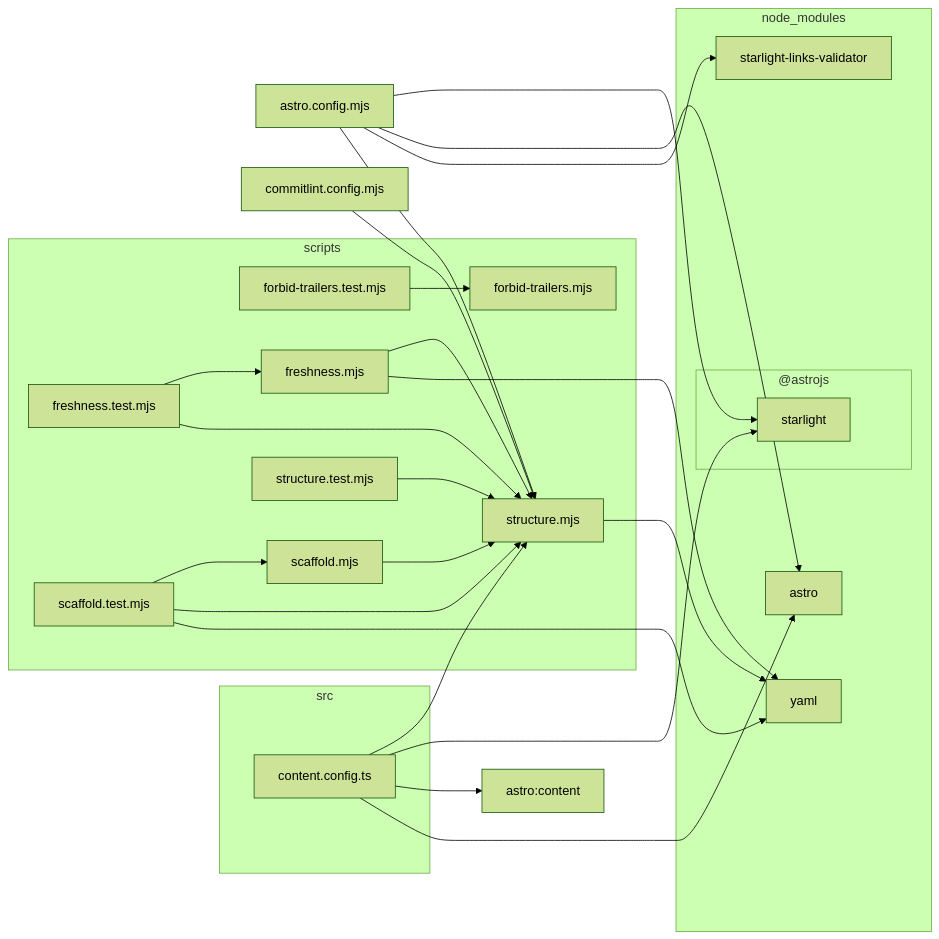
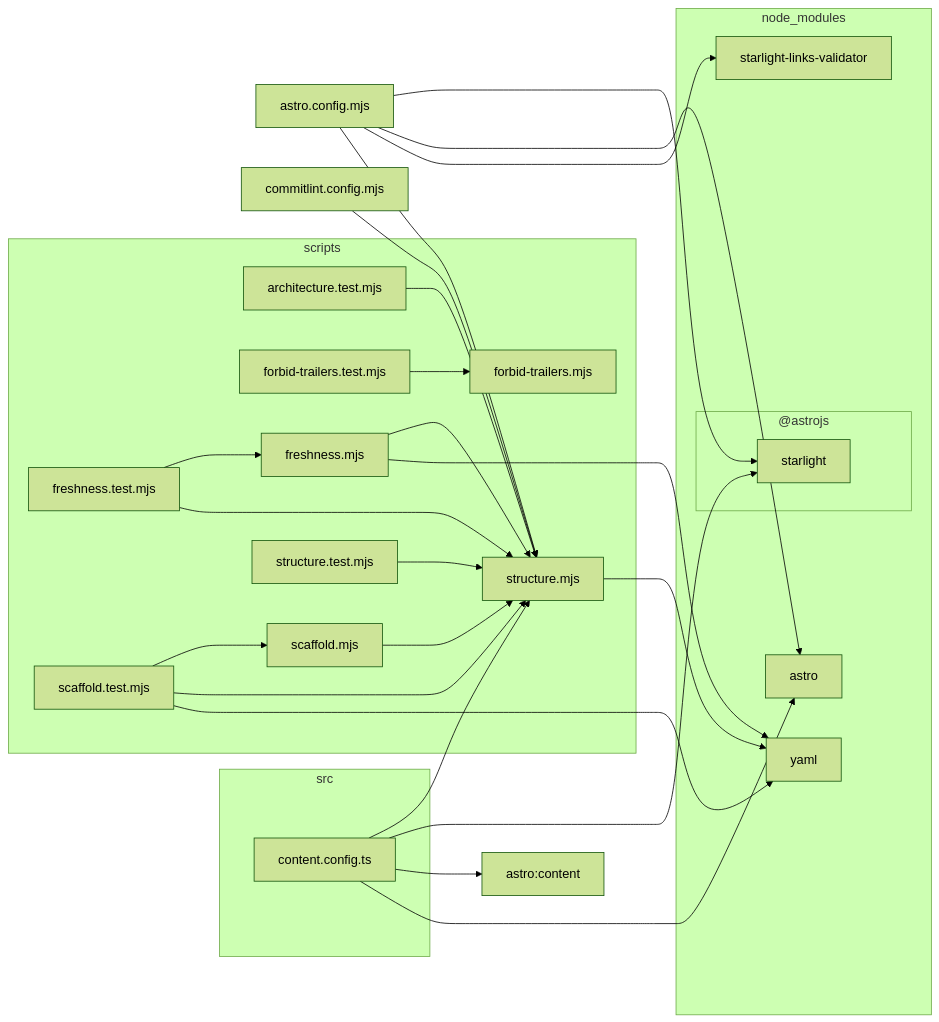
One commit to FilipTw/claude-craft changed the diagram in docs/architecture.mmd. Above: the diagram before and after it, drawn with Mermaid (forest theme). The commit also changed 6 other files, not shown here.

First line of the commit message:
test(scripts): remove temp dirs and move the architecture scan

```diff
--- a/docs/architecture.mmd
+++ b/docs/architecture.mmd
@@ -1,46 +1,48 @@
 flowchart LR
 
 0["astro.config.mjs"]
 1["astro:content"]
 2["commitlint.config.mjs"]
 subgraph 3["node_modules"]
 subgraph 4["@astrojs"]
 5["starlight"]
 end
 6["astro"]
 7["starlight-links-validator"]
 8["yaml"]
 end
 subgraph 9["scripts"]
-A["forbid-trailers.mjs"]
-B["forbid-trailers.test.mjs"]
-C["freshness.mjs"]
-D["freshness.test.mjs"]
-E["scaffold.mjs"]
-F["scaffold.test.mjs"]
-G["structure.mjs"]
-H["structure.test.mjs"]
+A["architecture.test.mjs"]
+B["forbid-trailers.mjs"]
+C["forbid-trailers.test.mjs"]
+D["freshness.mjs"]
+E["freshness.test.mjs"]
+F["scaffold.mjs"]
+G["scaffold.test.mjs"]
+H["structure.mjs"]
+I["structure.test.mjs"]
 end
-subgraph I["src"]
-J["content.config.ts"]
+subgraph J["src"]
+K["content.config.ts"]
 end
-0-->G
+0-->H
 0-->5
 0-->6
 0-->7
-2-->G
-B-->A
-C-->G
-C-->8
-D-->C
-D-->G
-E-->G
-F-->E
-F-->G
-F-->8
+2-->H
+A-->H
+C-->B
+D-->H
+D-->8
+E-->D
+E-->H
+F-->H
+G-->F
+G-->H
 G-->8
-H-->G
-J-->G
-J-->5
-J-->1
-J-->6
+H-->8
+I-->H
+K-->H
+K-->5
+K-->1
+K-->6
```
